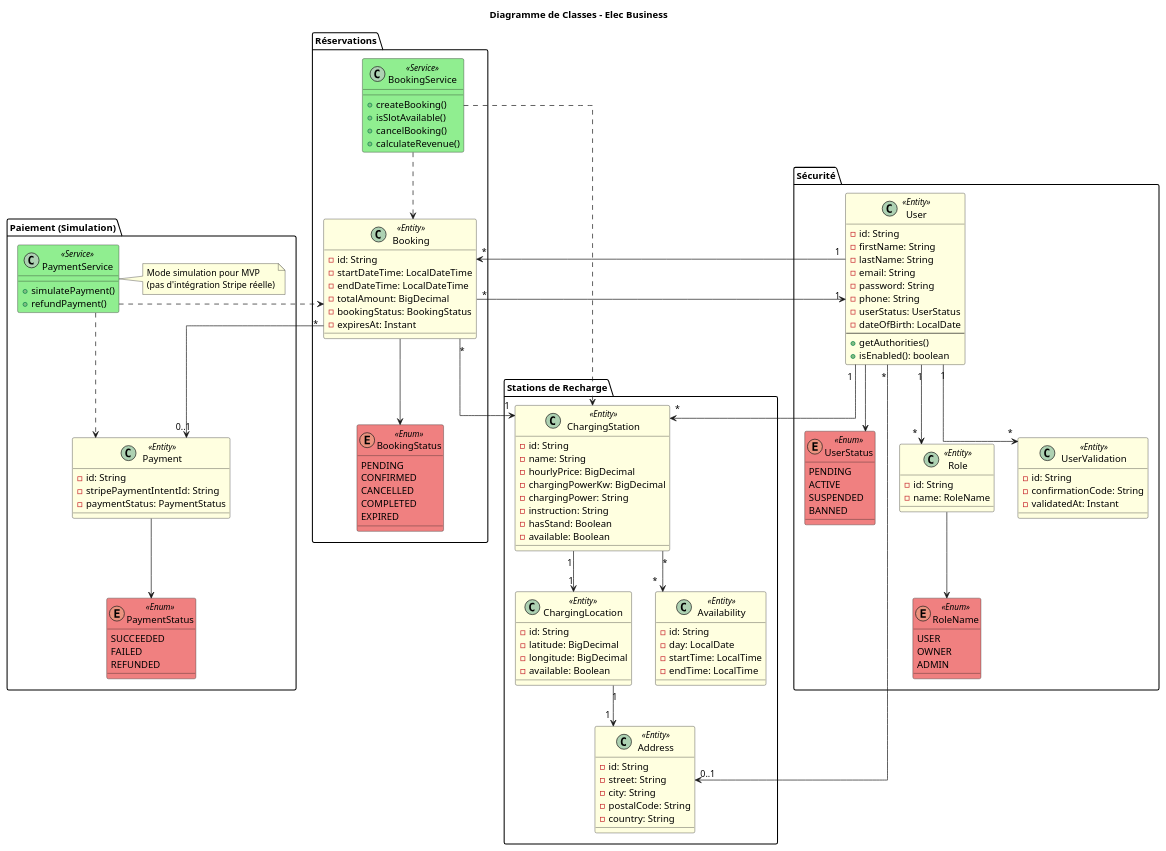
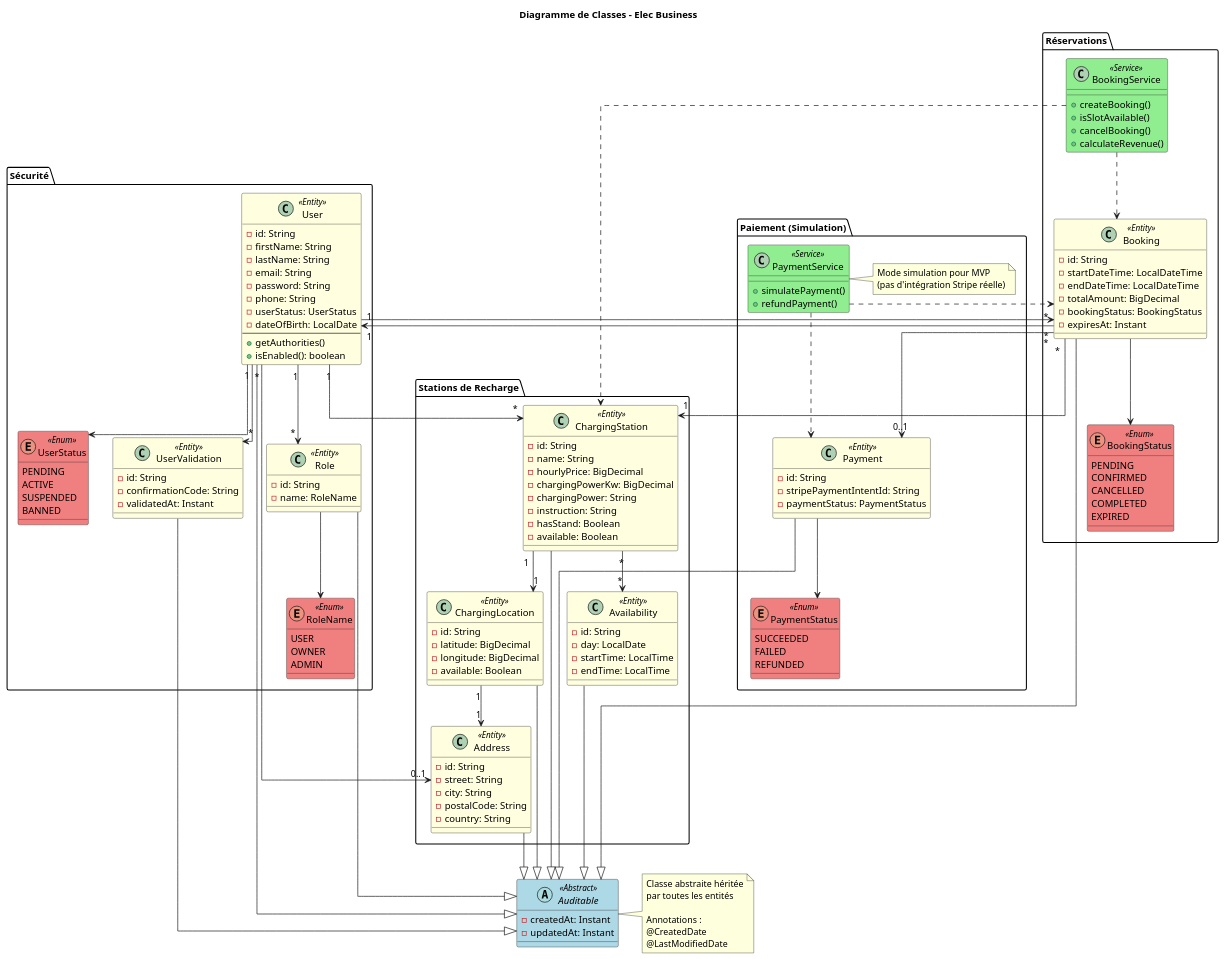
One commit to Malak-louki/elec_business changed the diagram in diagrams/class_diagram.puml. Above: the diagram before and after it, drawn with PlantUML.

Commit message:
fix class diagram added abstract class Auditable

```diff
--- a/diagrams/class_diagram.puml
+++ b/diagrams/class_diagram.puml
@@ -7,7 +7,25 @@
     BackgroundColor<<Entity>> LightYellow
     BackgroundColor<<Service>> LightGreen
     BackgroundColor<<Enum>> LightCoral
+    BackgroundColor<<Abstract>> LightBlue
 }
+
+' ==============================================
+' CLASSE ABSTRAITE AUDITABLE
+' ==============================================
+abstract class Auditable <<Abstract>> {
+    - createdAt: Instant
+    - updatedAt: Instant
+}
+
+note right of Auditable
+  Classe abstraite héritée
+  par toutes les entités
+
+  Annotations :
+  @CreatedDate
+  @LastModifiedDate
+end note
 
 ' ==============================================
 ' SÉCURITÉ
@@ -26,25 +44,25 @@
         + getAuthorities()
         + isEnabled(): boolean
     }
-    
+
     enum UserStatus <<Enum>> {
         PENDING
         ACTIVE
         SUSPENDED
         BANNED
     }
-    
+
     class Role <<Entity>> {
         - id: String
         - name: RoleName
     }
-    
+
     enum RoleName <<Enum>> {
         USER
         OWNER
         ADMIN
     }
-    
+
     class UserValidation <<Entity>> {
         - id: String
         - confirmationCode: String
@@ -57,23 +75,23 @@
 ' ==============================================
 package "Stations de Recharge" {
     class ChargingStation <<Entity>> {
-            - id: String
-            - name: String
-            - hourlyPrice: BigDecimal
-            - chargingPowerKw: BigDecimal
-            - chargingPower: String
-            - instruction: String
-            - hasStand: Boolean
-            - available: Boolean
+        - id: String
+        - name: String
+        - hourlyPrice: BigDecimal
+        - chargingPowerKw: BigDecimal
+        - chargingPower: String
+        - instruction: String
+        - hasStand: Boolean
+        - available: Boolean
     }
-    
+
     class ChargingLocation <<Entity>> {
         - id: String
         - latitude: BigDecimal
         - longitude: BigDecimal
         - available: Boolean
     }
-    
+
     class Address <<Entity>> {
         - id: String
         - street: String
@@ -81,7 +99,7 @@
         - postalCode: String
         - country: String
     }
-    
+
     class Availability <<Entity>> {
         - id: String
         - day: LocalDate
@@ -102,7 +120,7 @@
         - bookingStatus: BookingStatus
         - expiresAt: Instant
     }
-    
+
     enum BookingStatus <<Enum>> {
         PENDING
         CONFIRMED
@@ -110,7 +128,7 @@
         COMPLETED
         EXPIRED
     }
-    
+
     class BookingService <<Service>> {
         + createBooking()
         + isSlotAvailable()
@@ -128,23 +146,36 @@
         - stripePaymentIntentId: String
         - paymentStatus: PaymentStatus
     }
-    
+
     enum PaymentStatus <<Enum>> {
         SUCCEEDED
         FAILED
         REFUNDED
     }
-    
+
     class PaymentService <<Service>> {
         + simulatePayment()
         + refundPayment()
     }
-    
+
     note right of PaymentService
       Mode simulation pour MVP
       (pas d'intégration Stripe réelle)
     end note
 }
+
+' ==============================================
+' HÉRITAGE AUDITABLE
+' ==============================================
+User --|> Auditable
+Role --|> Auditable
+UserValidation --|> Auditable
+ChargingStation --|> Auditable
+ChargingLocation --|> Auditable
+Address --|> Auditable
+Availability --|> Auditable
+Booking --|> Auditable
+Payment --|> Auditable
 
 ' ==============================================
 ' RELATIONS
```
